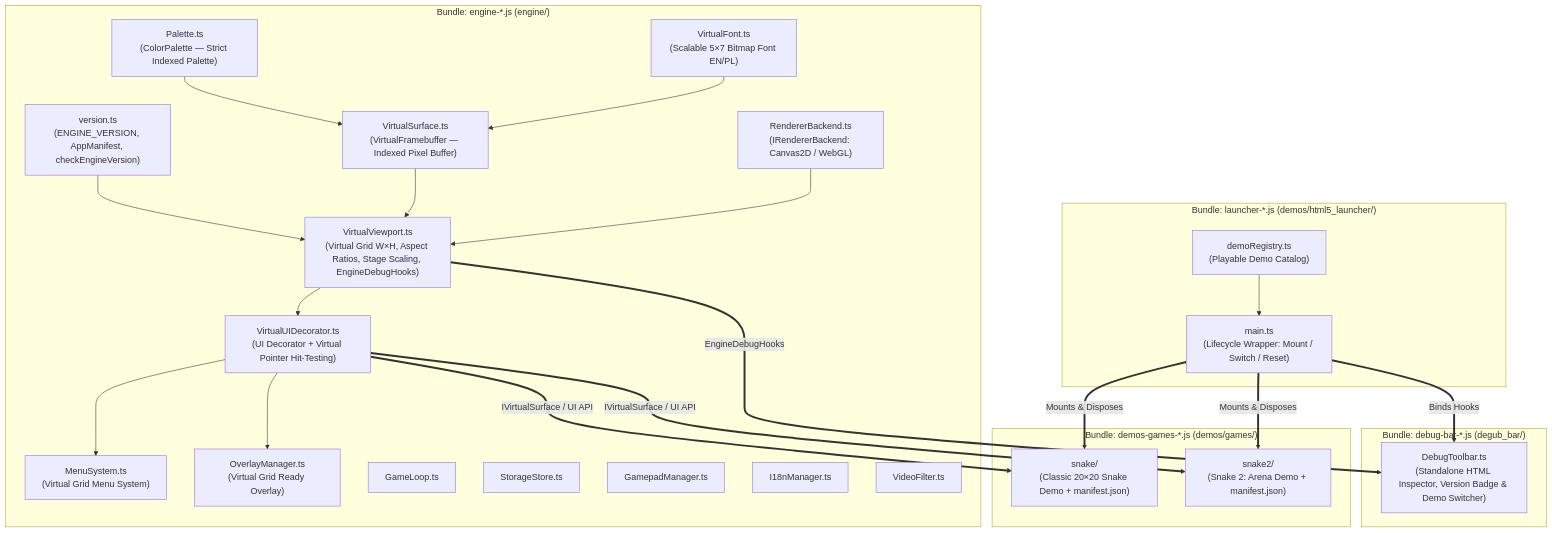
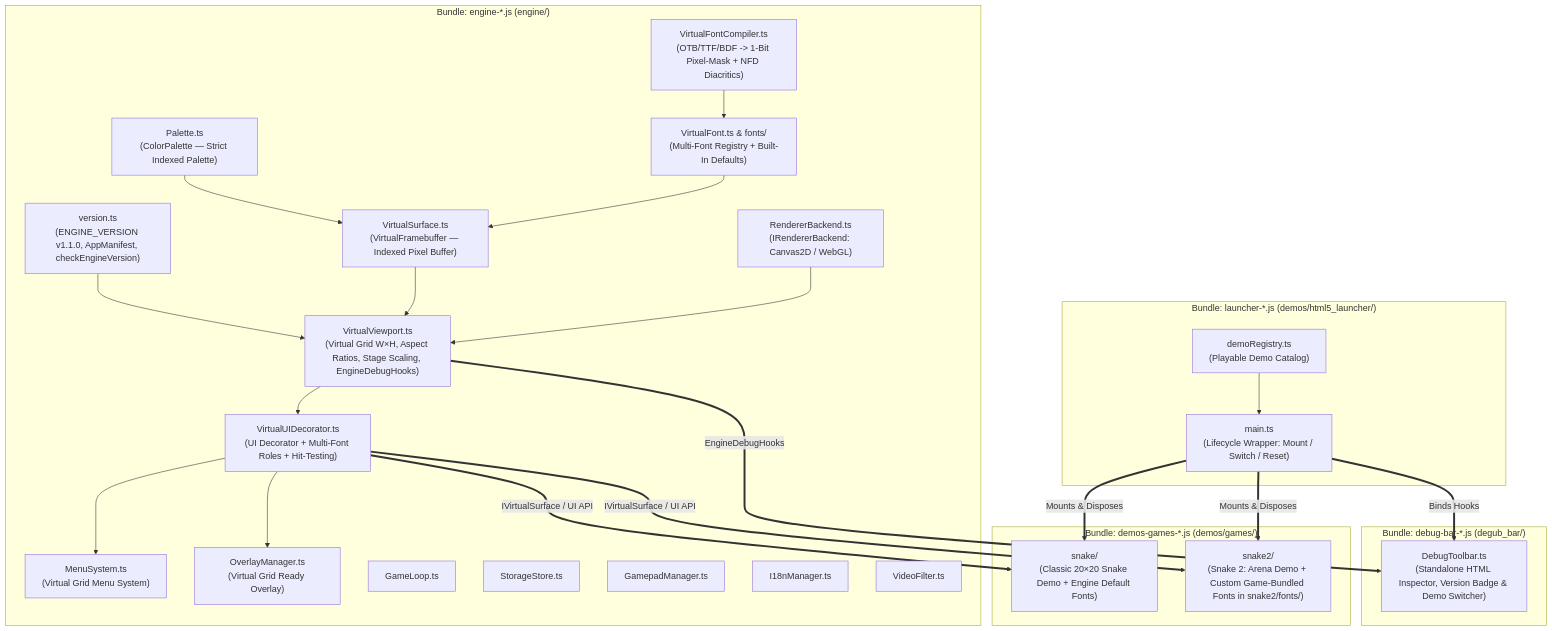
The diagram in docs/ARCHITECTURE.md (PatrycjuszF3apps/f3engine), drawn with Mermaid before and after one commit. The commit also changed other lines of this file and 27 other files, not shown here.

Commit message:
feat(engine): add pixel-mask font compiler, multilingual NFD synthesis, and multi-font runtime (v1.1.0)

````diff
--- a/docs/ARCHITECTURE.md
+++ b/docs/ARCHITECTURE.md
@@ -9,50 +9,52 @@
 ```mermaid
 flowchart TD
     subgraph EngineBundle["Bundle: engine-*.js (engine/)"]
-        VER["version.ts\n(ENGINE_VERSION, AppManifest, checkEngineVersion)"]
+        VER["version.ts\n(ENGINE_VERSION v1.1.0, AppManifest, checkEngineVersion)"]
         VP["VirtualViewport.ts\n(Virtual Grid W×H, Aspect Ratios, Stage Scaling, EngineDebugHooks)"]
         FB["VirtualSurface.ts\n(VirtualFramebuffer — Indexed Pixel Buffer)"]
         PAL["Palette.ts\n(ColorPalette — Strict Indexed Palette)"]
-        FONT["VirtualFont.ts\n(Scalable 5×7 Bitmap Font EN/PL)"]
-        UID["VirtualUIDecorator.ts\n(UI Decorator + Virtual Pointer Hit-Testing)"]
+        FONT["VirtualFont.ts & fonts/\n(Multi-Font Registry + Built-In Defaults)"]
+        FCOMP["VirtualFontCompiler.ts\n(OTB/TTF/BDF -> 1-Bit Pixel-Mask + NFD Diacritics)"]
+        UID["VirtualUIDecorator.ts\n(UI Decorator + Multi-Font Roles + Hit-Testing)"]
         MS["MenuSystem.ts\n(Virtual Grid Menu System)"]
         OM["OverlayManager.ts\n(Virtual Grid Ready Overlay)"]
         RB["RendererBackend.ts\n(IRendererBackend: Canvas2D / WebGL)"]
         GL["GameLoop.ts"]
         SS["StorageStore.ts"]
         GM["GamepadManager.ts"]
         I18N["I18nManager.ts"]
         VF["VideoFilter.ts"]
 
         VER --> VP
         PAL --> FB
+        FCOMP --> FONT
         FONT --> FB
         FB --> VP
         RB --> VP
         VP --> UID
         UID --> MS
         UID --> OM
     end
 
     subgraph DebugBarBundle["Bundle: debug-bar-*.js (degub_bar/)"]
         DT["DebugToolbar.ts\n(Standalone HTML Inspector, Version Badge & Demo Switcher)"]
     end
 
     subgraph DemosBundle["Bundle: demos-games-*.js (demos/games/)"]
-        S1["snake/\n(Classic 20×20 Snake Demo + manifest.json)"]
-        S2["snake2/\n(Snake 2: Arena Demo + manifest.json)"]
+        S1["snake/\n(Classic 20×20 Snake Demo + Engine Default Fonts)"]
+        S2["snake2/\n(Snake 2: Arena Demo + Custom Game-Bundled Fonts in snake2/fonts/)"]
     end
 
     subgraph LauncherBundle["Bundle: launcher-*.js (demos/html5_launcher/)"]
         REG["demoRegistry.ts\n(Playable Demo Catalog)"]
         MAIN["main.ts\n(Lifecycle Wrapper: Mount / Switch / Reset)"]
         REG --> MAIN
     end
 
     VP ==>|EngineDebugHooks| DT
     UID ==>|IVirtualSurface / UI API| S1
     UID ==>|IVirtualSurface / UI API| S2
     MAIN ==>|Mounts & Disposes| S1
     MAIN ==>|Mounts & Disposes| S2
     MAIN ==>|Binds Hooks| DT
 ```
````
